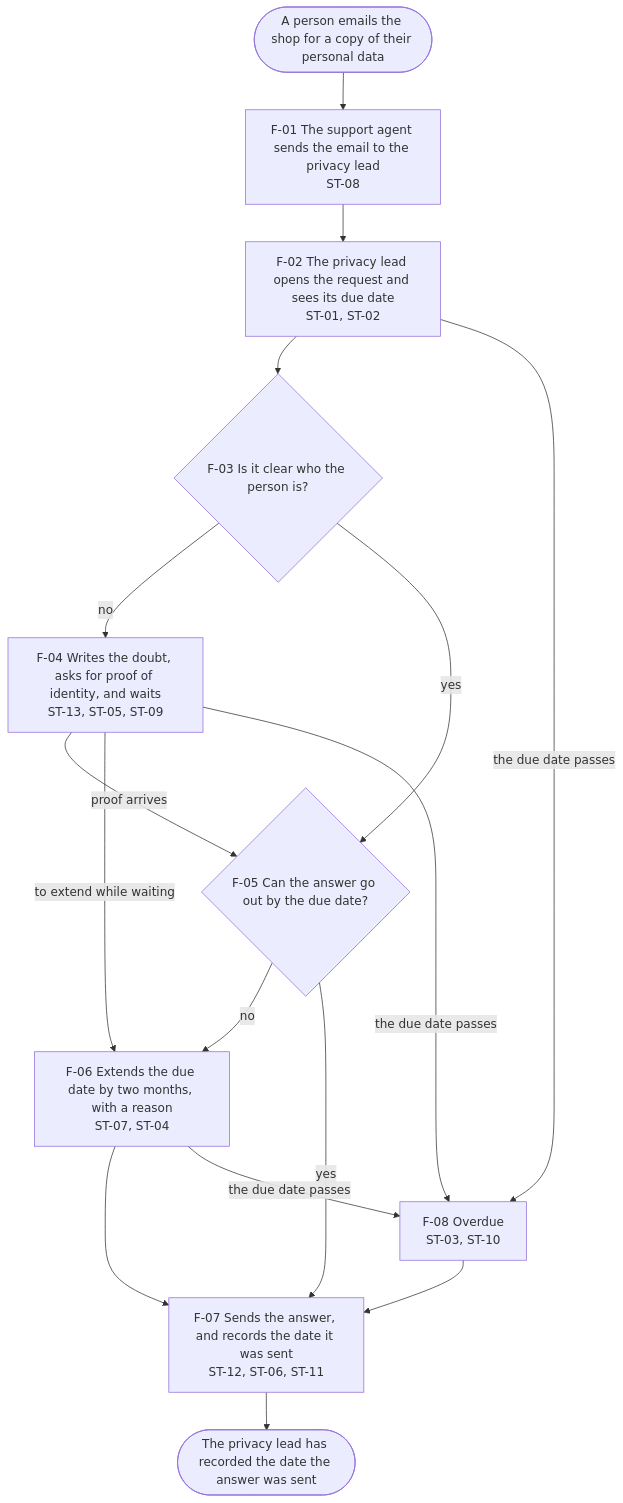
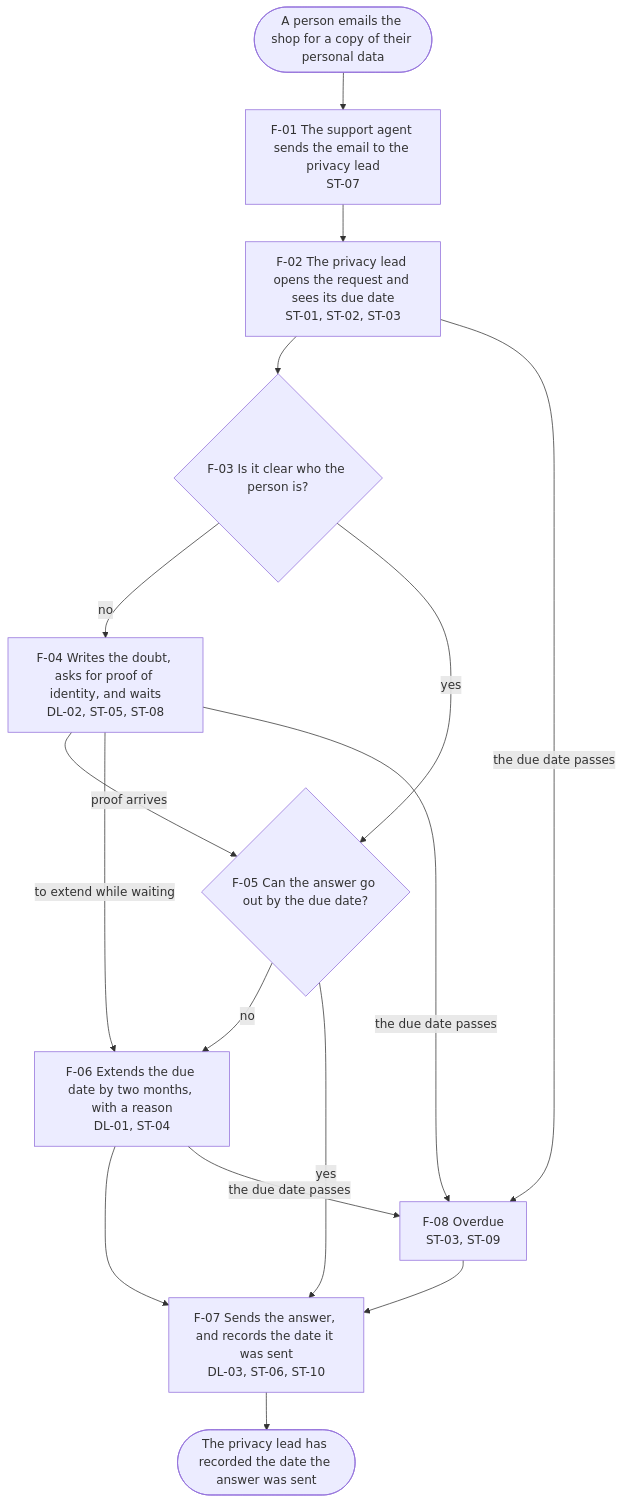
The diagram in README.md (nayyymarques-eng/agentic-product-spec), drawn with Mermaid before and after one commit. The commit also changed other lines of this file and 13 other files, not shown here.

First line of the commit message:
Dialogs are a layer over a state, named by the flow step that opens it

````diff
--- a/README.md
+++ b/README.md
@@ -57,17 +57,17 @@
 ```mermaid
 flowchart TD
   T(["A person emails the shop for a copy of their personal data"])
-  T --> F01["F-01 The support agent sends the email to the privacy lead<br/>ST-08"]
-  F01 --> F02["F-02 The privacy lead opens the request and sees its due date<br/>ST-01, ST-02"]
+  T --> F01["F-01 The support agent sends the email to the privacy lead<br/>ST-07"]
+  F01 --> F02["F-02 The privacy lead opens the request and sees its due date<br/>ST-01, ST-02, ST-03"]
   F02 --> F03{"F-03 Is it clear who the person is?"}
-  F03 -- "no" --> F04["F-04 Writes the doubt, asks for proof of identity, and waits<br/>ST-13, ST-05, ST-09"]
+  F03 -- "no" --> F04["F-04 Writes the doubt, asks for proof of identity, and waits<br/>DL-02, ST-05, ST-08"]
   F03 -- "yes" --> F05{"F-05 Can the answer go out by the due date?"}
   F04 -- "proof arrives" --> F05
   F04 -- "to extend while waiting" --> F06
-  F05 -- "no" --> F06["F-06 Extends the due date by two months, with a reason<br/>ST-07, ST-04"]
-  F05 -- "yes" --> F07["F-07 Sends the answer, and records the date it was sent<br/>ST-12, ST-06, ST-11"]
+  F05 -- "no" --> F06["F-06 Extends the due date by two months, with a reason<br/>DL-01, ST-04"]
+  F05 -- "yes" --> F07["F-07 Sends the answer, and records the date it was sent<br/>DL-03, ST-06, ST-10"]
   F06 --> F07
-  F02 & F04 & F06 -- "the due date passes" --> F08["F-08 Overdue<br/>ST-03, ST-10"]
+  F02 & F04 & F06 -- "the due date passes" --> F08["F-08 Overdue<br/>ST-03, ST-09"]
   F08 --> F07
   F07 --> E(["The privacy lead has recorded the date the answer was sent"])
 ```
````
